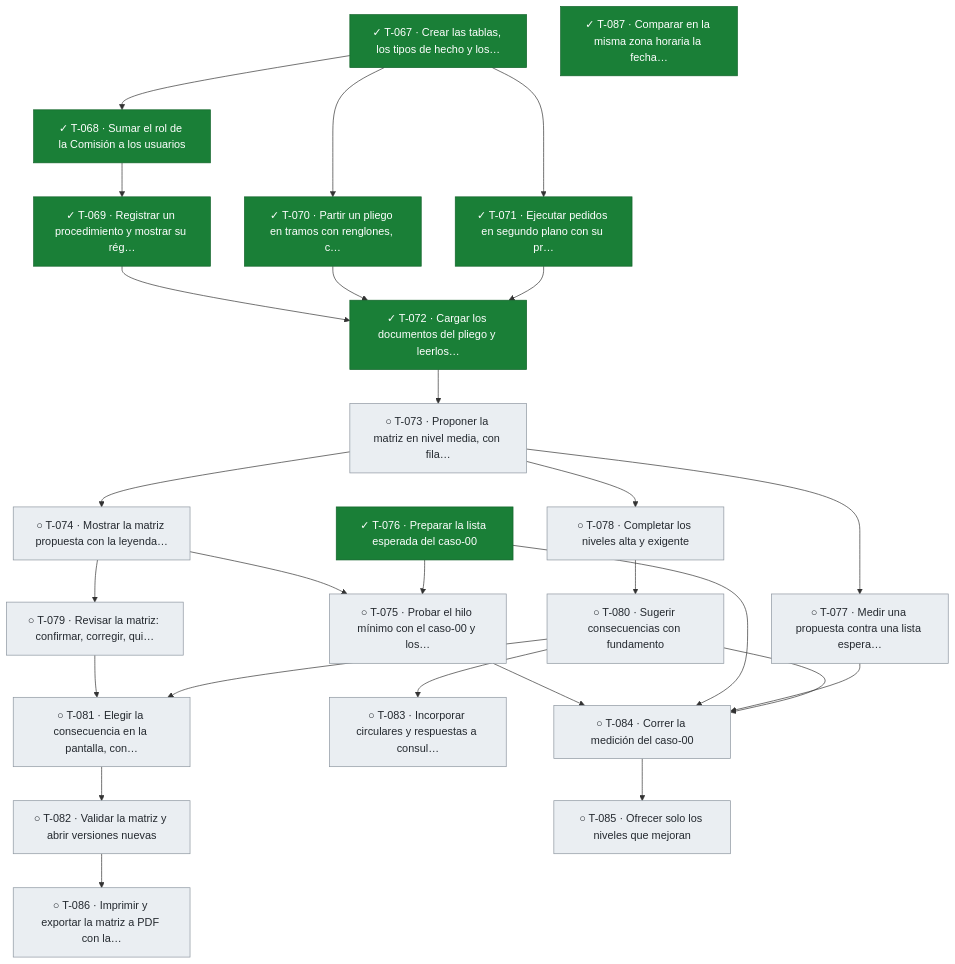
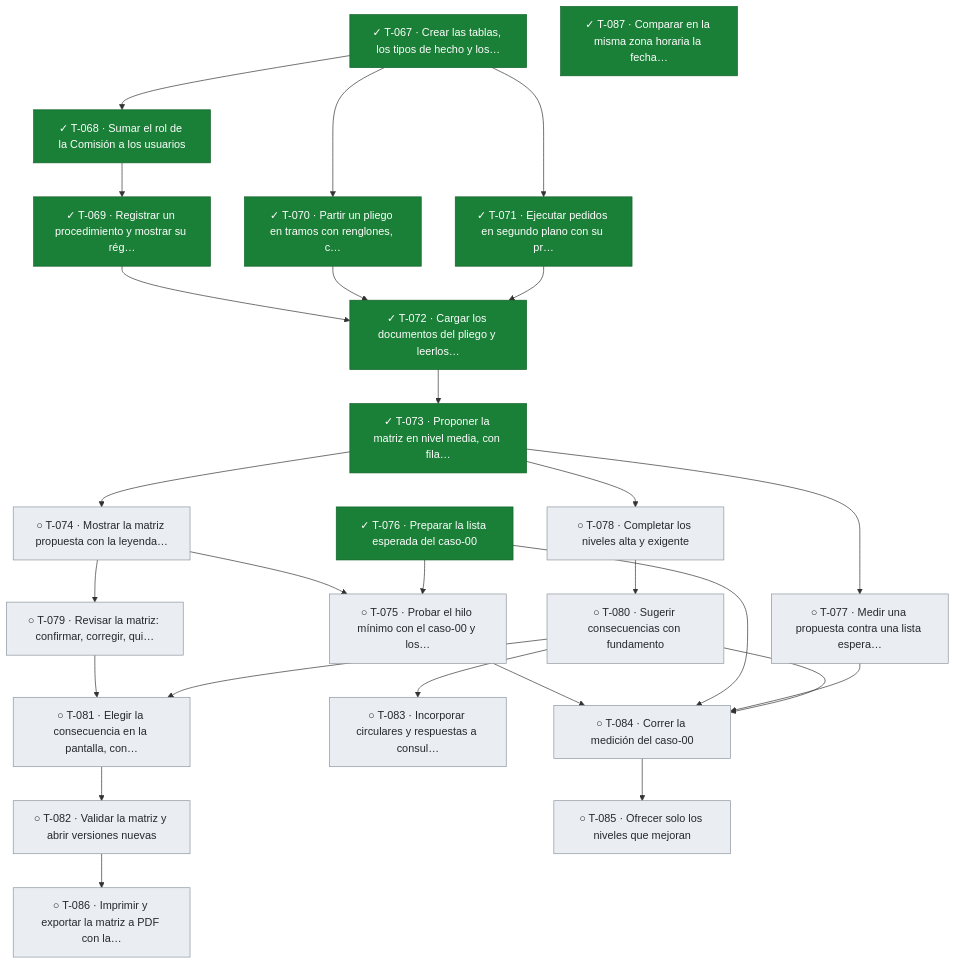
One commit to snavello/EVALUON changed the fifth of 5 diagrams in docs/tablero.md. Above: the diagram before and after it, drawn with Mermaid. The commit also changed other lines of this file and 1 other file, not shown here.

````diff
--- a/docs/tablero.md
+++ b/docs/tablero.md
@@ -400,54 +400,54 @@
 ```mermaid
 flowchart TD
   T067["✓ T-067 · Crear las tablas, los tipos de hecho y los…"]:::done
   T068["✓ T-068 · Sumar el rol de la Comisión a los usuarios"]:::done
   T069["✓ T-069 · Registrar un procedimiento y mostrar su rég…"]:::done
   T070["✓ T-070 · Partir un pliego en tramos con renglones, c…"]:::done
   T071["✓ T-071 · Ejecutar pedidos en segundo plano con su pr…"]:::done
   T072["✓ T-072 · Cargar los documentos del pliego y leerlos…"]:::done
-  T073["○ T-073 · Proponer la matriz en nivel media, con fila…"]:::todo
+  T073["✓ T-073 · Proponer la matriz en nivel media, con fila…"]:::done
   T074["○ T-074 · Mostrar la matriz propuesta con la leyenda…"]:::todo
   T075["○ T-075 · Probar el hilo mínimo con el caso-00 y los…"]:::todo
   T076["✓ T-076 · Preparar la lista esperada del caso-00"]:::done
   T077["○ T-077 · Medir una propuesta contra una lista espera…"]:::todo
   T078["○ T-078 · Completar los niveles alta y exigente"]:::todo
   T079["○ T-079 · Revisar la matriz: confirmar, corregir, qui…"]:::todo
   T080["○ T-080 · Sugerir consecuencias con fundamento"]:::todo
   T081["○ T-081 · Elegir la consecuencia en la pantalla, con…"]:::todo
   T082["○ T-082 · Validar la matriz y abrir versiones nuevas"]:::todo
   T083["○ T-083 · Incorporar circulares y respuestas a consul…"]:::todo
   T084["○ T-084 · Correr la medición del caso-00"]:::todo
   T085["○ T-085 · Ofrecer solo los niveles que mejoran"]:::todo
   T086["○ T-086 · Imprimir y exportar la matriz a PDF con la…"]:::todo
   T087["✓ T-087 · Comparar en la misma zona horaria la fecha…"]:::done
   T067 --> T068
   T068 --> T069
   T067 --> T070
   T067 --> T071
   T069 --> T072
   T070 --> T072
   T071 --> T072
   T072 --> T073
   T073 --> T074
   T074 --> T075
   T076 --> T075
   T073 --> T077
   T073 --> T078
   T074 --> T079
   T078 --> T080
   T079 --> T081
   T080 --> T081
   T081 --> T082
   T080 --> T083
   T075 --> T084
   T076 --> T084
   T077 --> T084
   T080 --> T084
   T084 --> T085
   T082 --> T086
   classDef done fill:#1a7f37,stroke:#116329,color:#ffffff
   classDef review fill:#0969da,stroke:#0550ae,color:#ffffff
   classDef active fill:#bf8700,stroke:#7d4e00,color:#ffffff
   classDef blocked fill:#cf222e,stroke:#a40e26,color:#ffffff
   classDef todo fill:#eaeef2,stroke:#8c959f,color:#24292f
 ```
````
